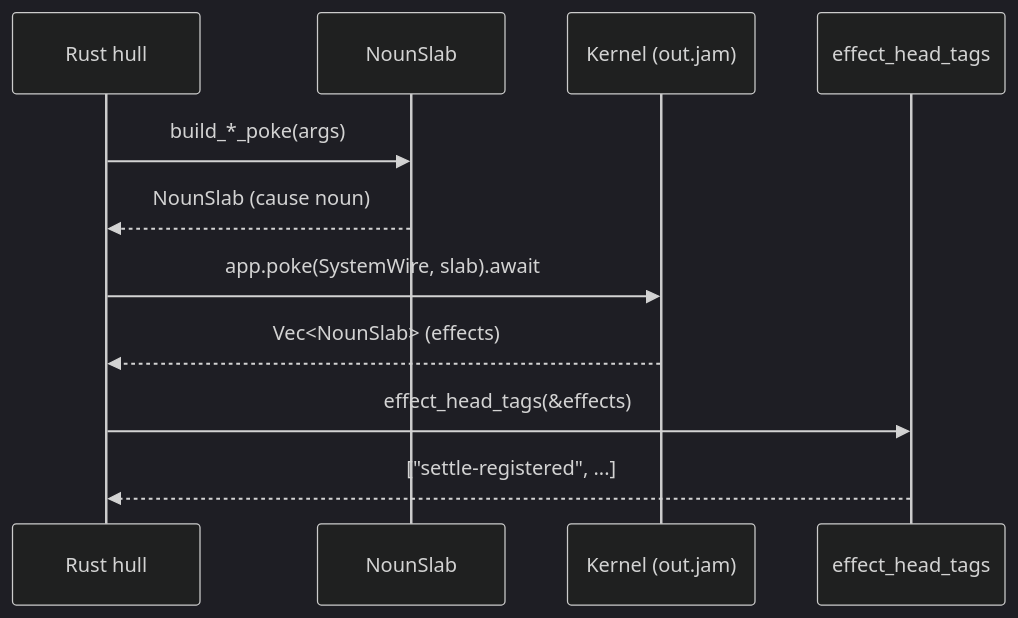
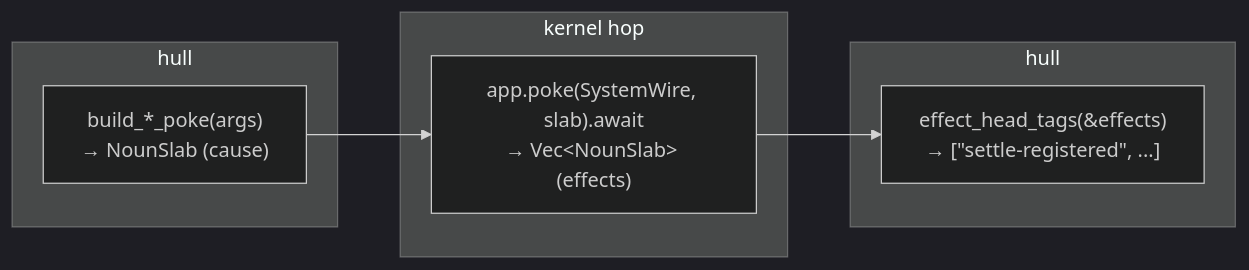
Before and after one commit to zkvesl/docs: the diagram in docs/build/hull.md, drawn with Mermaid (dark theme). The commit also changed other lines of this file and 16 other files, not shown here.

````diff
--- a/docs/build/hull.md
+++ b/docs/build/hull.md
@@ -11,14 +23,13 @@
 ```mermaid
-sequenceDiagram
-    participant hull as Rust hull
-    participant slab as NounSlab
-    participant kernel as Kernel (out.jam)
-    participant tags as effect_head_tags
-
-    hull->>slab: build_*_poke(args)
-    slab-->>hull: NounSlab (cause noun)
-    hull->>kernel: app.poke(SystemWire, slab).await
-    kernel-->>hull: Vec<NounSlab> (effects)
-    hull->>tags: effect_head_tags(&effects)
-    tags-->>hull: ["settle-registered", ...]
+flowchart LR
+    subgraph hull1["hull"]
+        A["build_*_poke(args)<br/>→ NounSlab (cause)"]
+    end
+    subgraph kernel["kernel hop"]
+        B["app.poke(SystemWire, slab).await<br/>→ Vec&lt;NounSlab&gt; (effects)"]
+    end
+    subgraph hull2["hull"]
+        C["effect_head_tags(&amp;effects)<br/>→ [&quot;settle-registered&quot;, ...]"]
+    end
+    A --> B --> C
 ```
````
